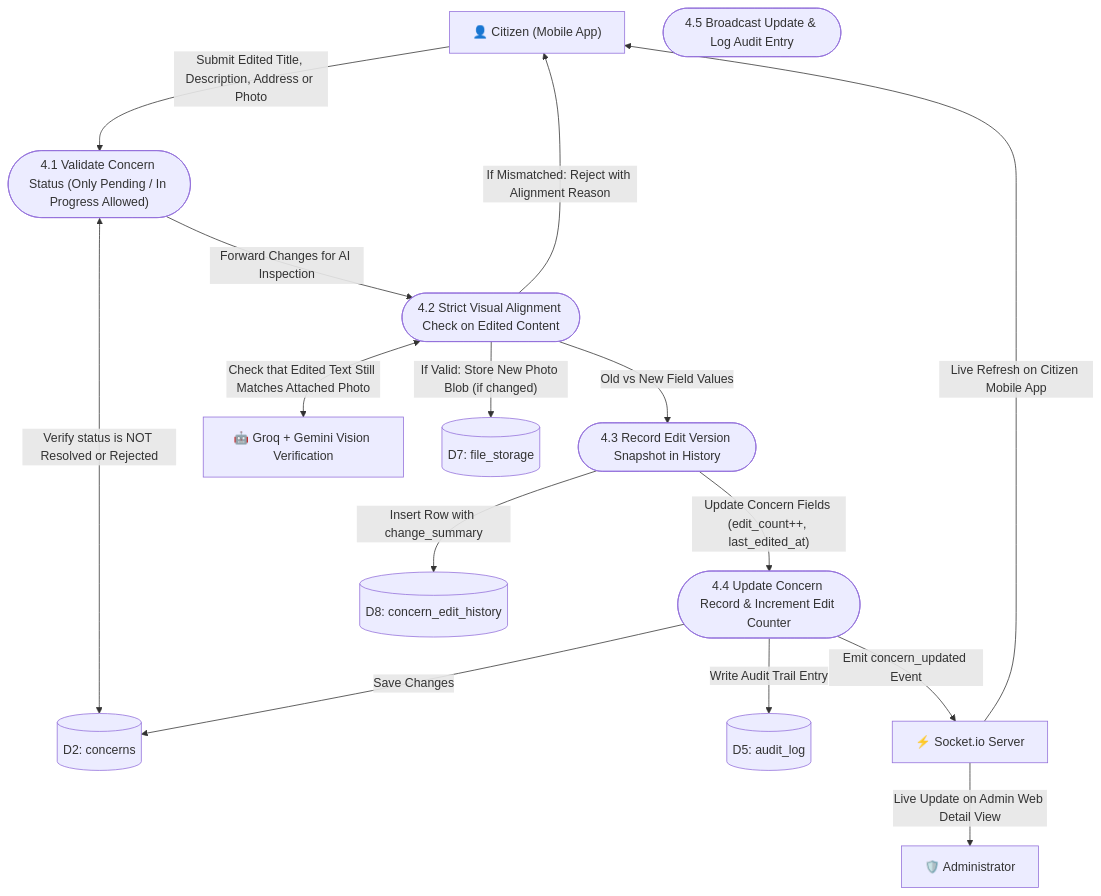
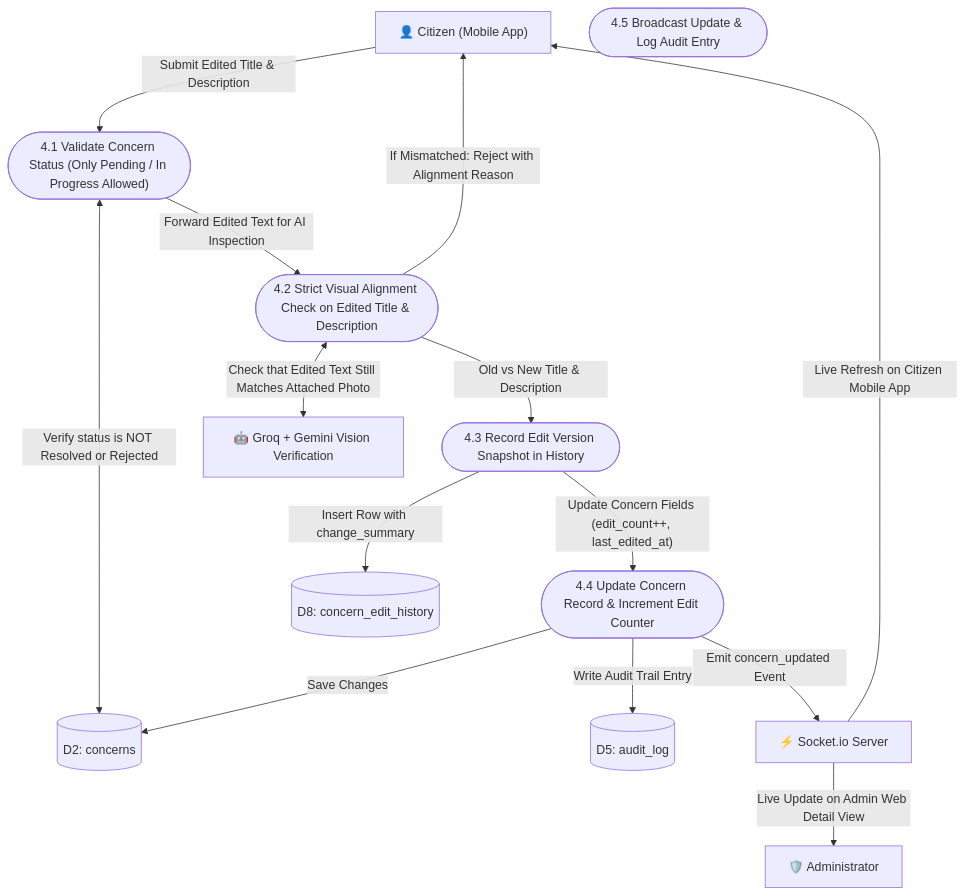
One commit to palingubaerwin029-ai/citivoice changed the seventh of 7 diagrams in ERD_AND_DFD.md. Above: the diagram before and after it, drawn with Mermaid. The commit also changed other lines of this file and 8 other files, not shown here.

Commit message:
Restrict concern_edit_history and citizen edits to title and description only

````diff
--- a/ERD_AND_DFD.md
+++ b/ERD_AND_DFD.md
@@ -522,37 +514,35 @@
 ```mermaid
 flowchart TD
     Citizen["👤 Citizen (Mobile App)"]
     Admin["🛡️ Administrator"]
     AI["🤖 Groq + Gemini Vision Verification"]
     Socket["⚡ Socket.io Server"]
 
     P4_1(["4.1 Validate Concern Status (Only Pending / In Progress Allowed)"])
-    P4_2(["4.2 Strict Visual Alignment Check on Edited Content"])
+    P4_2(["4.2 Strict Visual Alignment Check on Edited Title & Description"])
     P4_3(["4.3 Record Edit Version Snapshot in History"])
     P4_4(["4.4 Update Concern Record & Increment Edit Counter"])
     P4_5(["4.5 Broadcast Update & Log Audit Entry"])
 
     D_Concerns[("D2: concerns")]
     D_History[("D8: concern_edit_history")]
     D_Audit[("D5: audit_log")]
-    D_Files[("D7: file_storage")]
 
-    Citizen -->|"Submit Edited Title, Description, Address or Photo"| P4_1
+    Citizen -->|"Submit Edited Title & Description"| P4_1
     P4_1 <-->|"Verify status is NOT Resolved or Rejected"| D_Concerns
 
-    P4_1 -->|"Forward Changes for AI Inspection"| P4_2
+    P4_1 -->|"Forward Edited Text for AI Inspection"| P4_2
     P4_2 <-->|"Check that Edited Text Still Matches Attached Photo"| AI
     P4_2 -->|"If Mismatched: Reject with Alignment Reason"| Citizen
 
-    P4_2 -->|"If Valid: Store New Photo Blob (if changed)"| D_Files
-    P4_2 -->|"Old vs New Field Values"| P4_3
+    P4_2 -->|"Old vs New Title & Description"| P4_3
     P4_3 -->|"Insert Row with change_summary"| D_History
 
     P4_3 -->|"Update Concern Fields (edit_count++, last_edited_at)"| P4_4
     P4_4 -->|"Save Changes"| D_Concerns
 
     P4_4 -->|"Write Audit Trail Entry"| D_Audit
     P4_4 -->|"Emit concern_updated Event"| Socket
     Socket -->|"Live Update on Admin Web Detail View"| Admin
     Socket -->|"Live Refresh on Citizen Mobile App"| Citizen
 ```
````
